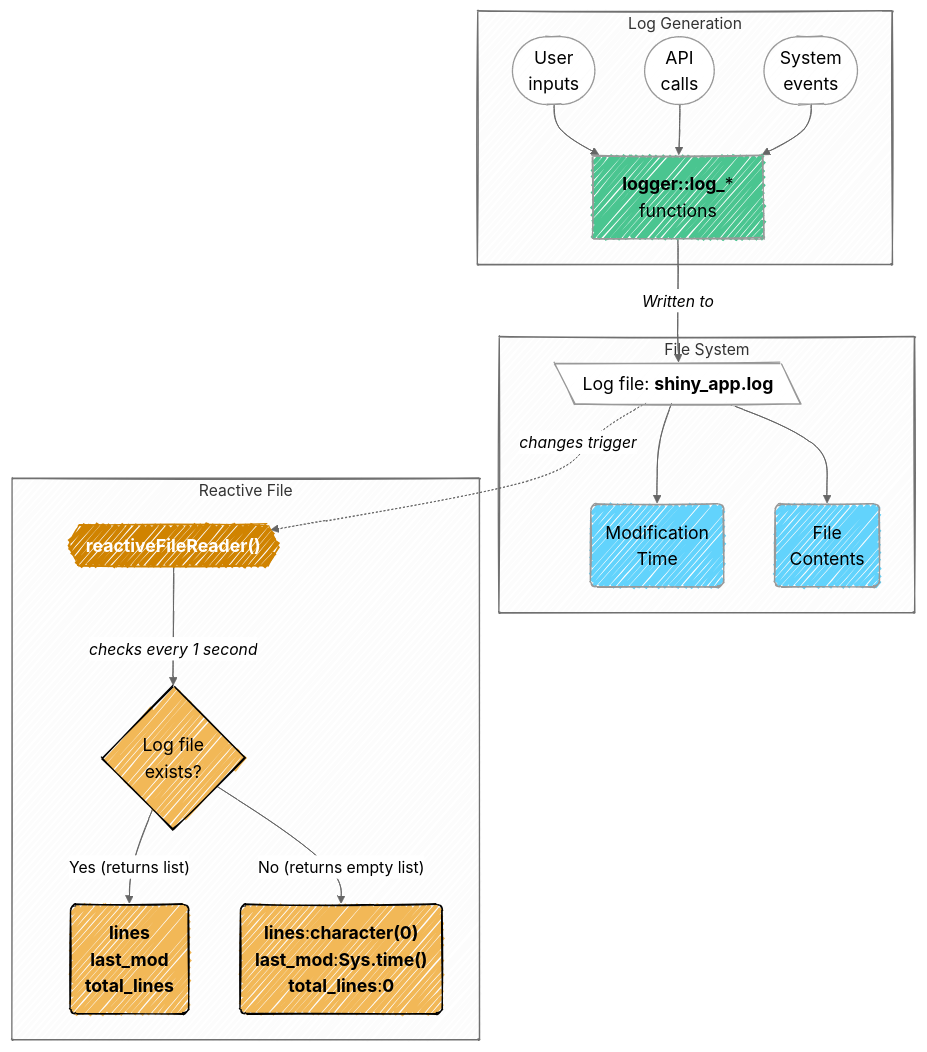
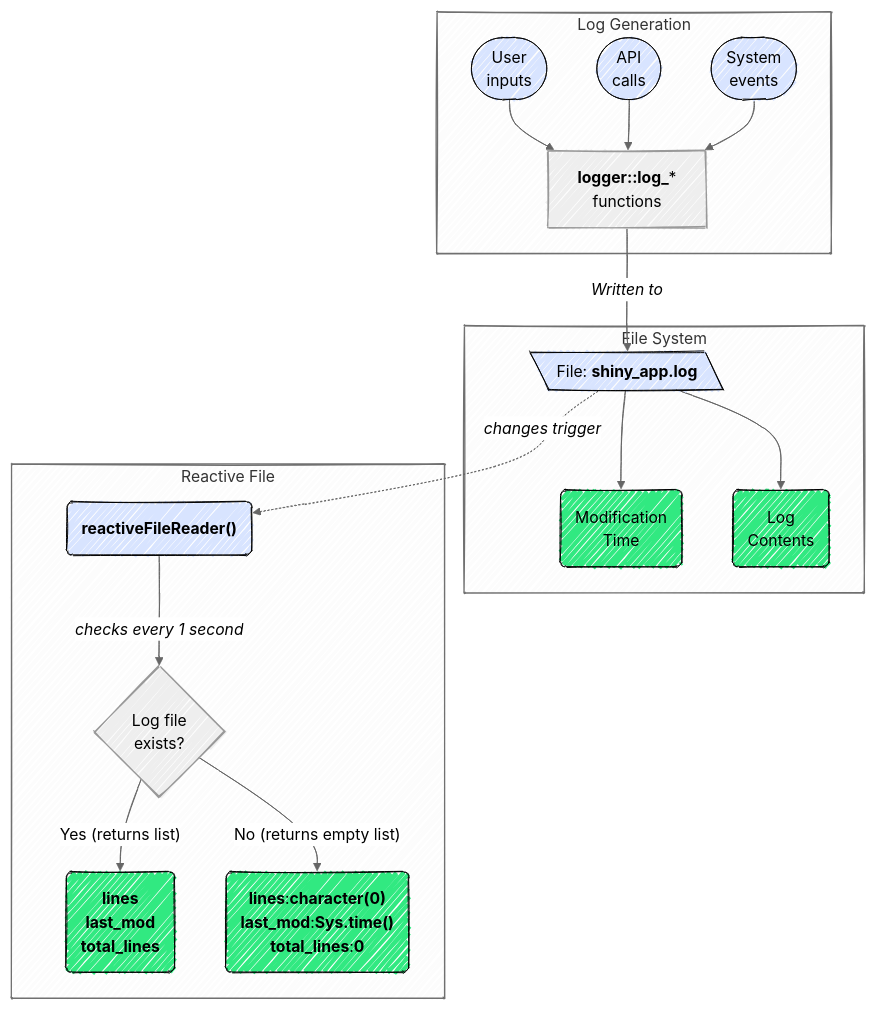
One commit to mjfrigaard/do4ds-labs changed the second of 3 diagrams in app-log-r.qmd. Above: the diagram before and after it, drawn with Mermaid. The commit also changed other lines of this file and 18 other files, not shown here.

````diff
--- a/app-log-r.qmd
+++ b/app-log-r.qmd
@@ -514,60 +497,49 @@
 ```{mermaid}
 %%| fig-cap: 'Logging in Server'
 %%| fig-align: center
 %%| fig-width: 7.0
 %%{init: {'theme': 'neutral', 'look': 'handDrawn', 'themeVariables': { 'fontFamily': 'monospace'}}}%%
 
 flowchart TD
-
- subgraph User["Log Generation"]
-        Q(["User<br>inputs"])
-        R(["API<br>calls"])
-        S(["System<br>events"])
-        %% T@{ shape: rect, label: "<strong>logger::log_</strong>*<br>functions" }
-        T["<strong>logger::log_</strong>*<br>functions"]
-  end
+	 subgraph User["Log Generation"]
+		Q(["User<br>inputs"])
+		R(["API<br>calls"])
+		S(["System<br>events"])
+		%% T@{ shape: rect, label: "<strong>logger::log_</strong>*<br>functions" }
+		T["<strong>logger::log_</strong>*<br>functions"]
+	  end
 
     Q --> T
     R --> T
     S --> T
     T -- "<em>Written to</em>"--> A
 
- subgraph FileSys["File System"]
-        %% A@{ shape: lin-doc, label: "<strong>shiny_app.log</strong>" }
-        A[\"Log file: <strong>shiny_app.log</strong>"\]
-        A1("Modification<br>Time")
-        A2("File<br>Contents")
-  end
+	 subgraph FileSys["File System"]
+		A[\"File: <strong>shiny_app.log</strong>"\]
+		A1("Modification<br>Time")
+		A2("Log<br>Contents")
+	 end
+  
     A --> A1 & A2
     A -."<em>changes trigger</em>".-> B
 
- subgraph ReactFile["Reactive File"]
-        %% B@{ shape: subproc, label: "<strong>reactiveFileReader()</strong>" }
-        B{{"<strong>reactiveFileReader() </strong>"}}
-        C{"Log file<br>exists?"}
-        D("<strong>lines<br>last_mod<br>total_lines</strong>")
-        E("<strong>lines</strong>:<strong>character(0)</strong><br><strong>last_mod</strong>:<strong>Sys.time()</strong><br><strong>total_lines</strong>:<strong>0</strong>")
-  end
+	subgraph ReactFile["Reactive File"]
+		B("<strong>reactiveFileReader() </strong>")
+		C{"Log file<br>exists?"}
+		D("<strong>lines<br>last_mod<br>total_lines</strong>")
+		E("<strong>lines</strong>:<strong>character(0)</strong><br><strong>last_mod</strong>:<strong>Sys.time()</strong><br><strong>total_lines</strong>:<strong>0</strong>")
+	end
     
     B --"<em>checks every 1 second</em>"--> C
     C -- Yes (returns list)--> D
     C -- No (returns empty list)--> E
 
-    style Q fill:#FFF,color:#000,rx:20,ry:20,font-size:18px
-    style R fill:#FFF,color:#000,rx:20,ry:20,font-size:18px
-    style S fill:#FFF,color:#000,rx:20,ry:20,font-size:18px
     
-    style T fill:#4ac590,color:#000,rx:20,ry:20,font-size:18px
     
-    style A fill:#FFF,color:#000,rx:20,ry:20,font-size:18px
+    classDef log fill:#d8e4ff,stroke:#000,stroke-width:1px
+    class A,B,Q,R,S log
     
-    style A1 fill:#62d3fc,color:#000,rx:12,ry:12,font-size:18px
-    style A2 fill:#62d3fc,color:#000,rx:12,ry:12,font-size:18px
-
-    style B fill:#d08300,stroke:#d08300,color:#fff,rx:12,ry:12,font-size:18px
-    
-    style C fill:#f2b857,stroke:#000,color:#000,font-size:18px
-    style D fill:#f2b857,stroke:#000,color:#000,rx:20,ry:20,font-size:18px
-    style E fill:#f2b857,stroke:#000,color:#000,rx:20,ry:20,font-size:18px
+    classDef outcome fill:#31e981,stroke:#000,stroke-width:1px
+    class D,E,A1,A2 outcome
     
 ```
````
